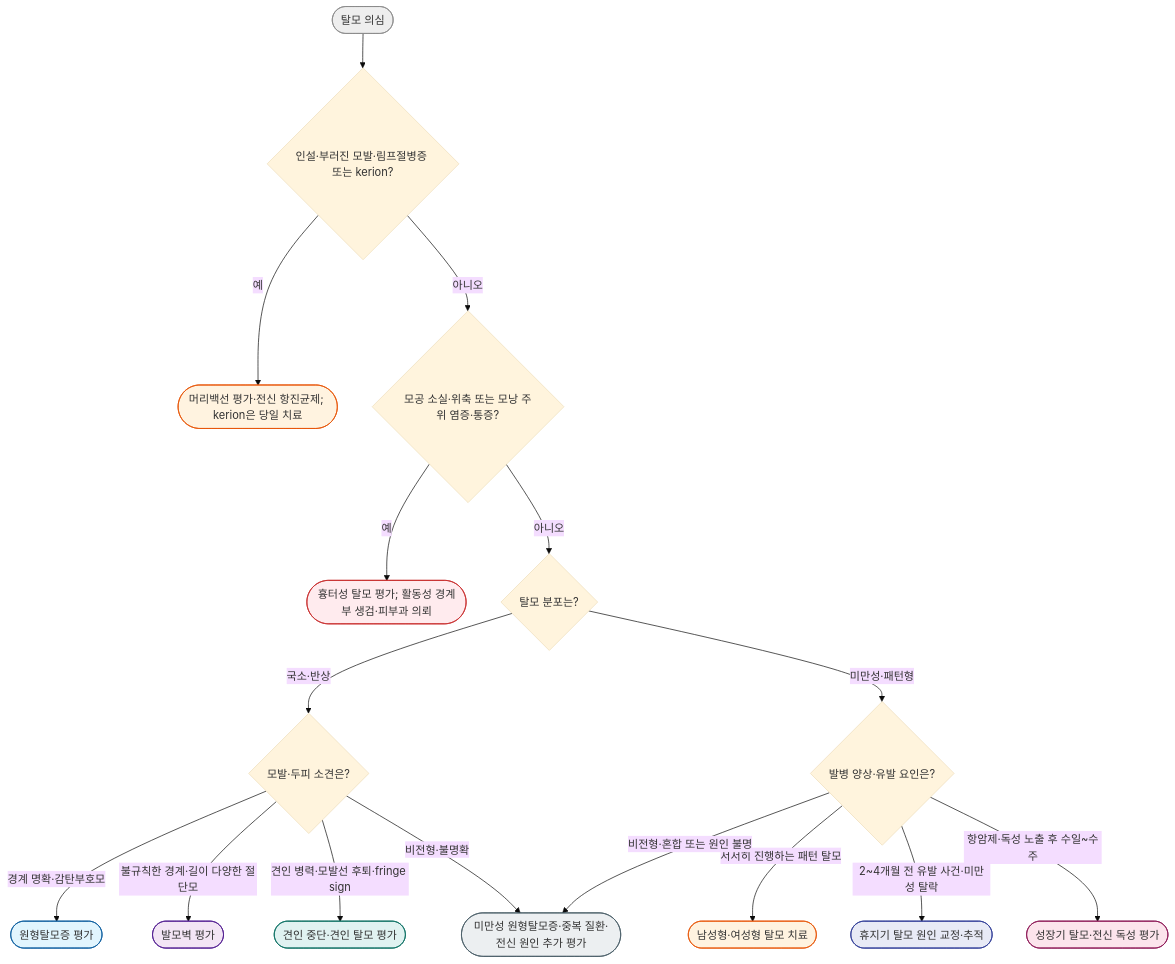
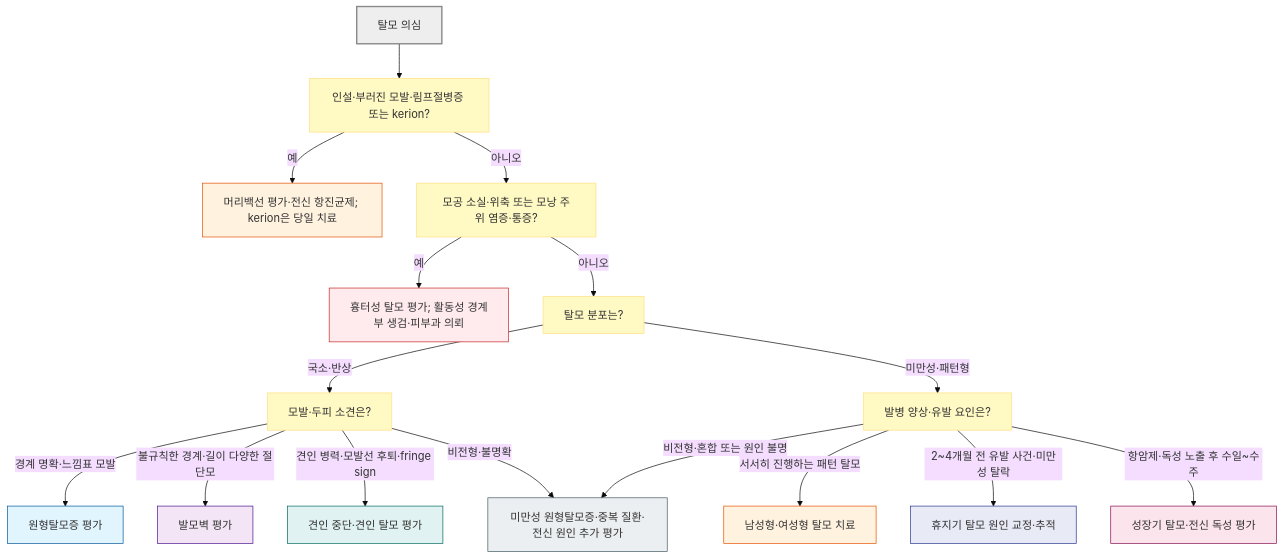
One commit to familyoh77/familyoh77 changed the diagram in 229_/186_-alopecia.md. Above: the diagram before and after it, drawn with Mermaid (base theme). The commit also changed other lines of this file and 5 other files, not shown here.

````diff
--- a/229_/186_-alopecia.md
+++ b/229_/186_-alopecia.md
@@ -157,28 +157,31 @@
 ```mermaid
 graph TD
-    Start(["탈모 의심"]) --> QTinea{"인설·부러진 모발·림프절병증 또는 kerion?"}
-    QTinea -->|"예"| DxTinea(["머리백선 평가·전신 항진균제; kerion은 당일 치료"])
-    QTinea -->|"아니오"| Q1{"모공 소실·위축 또는 모낭 주위 염증·통증?"}
-    Q1 -->|"예"| DxScar(["흉터성 탈모 평가; 활동성 경계부 생검·피부과 의뢰"])
-    Q1 -->|"아니오"| Q2{"탈모 분포는?"}
-    Q2 -->|"국소·반상"| Q3{"모발·두피 소견은?"}
-    Q3 -->|"경계 명확·감탄부호모"| DxAA(["원형탈모증 평가"])
-    Q3 -->|"불규칙한 경계·길이 다양한 절단모"| DxTTM(["발모벽 평가"])
-    Q3 -->|"견인 병력·모발선 후퇴·fringe sign"| DxTA(["견인 중단·견인 탈모 평가"])
-    Q3 -->|"비전형·불명확"| DxOther(["미만성 원형탈모증·중복 질환·전신 원인 추가 평가"])
-    Q2 -->|"미만성·패턴형"| Q4{"발병 양상·유발 요인은?"}
-    Q4 -->|"서서히 진행하는 패턴 탈모"| DxPattern(["남성형·여성형 탈모 치료"])
-    Q4 -->|"2~4개월 전 유발 사건·미만성 탈락"| DxTE(["휴지기 탈모 원인 교정·추적"])
-    Q4 -->|"항암제·독성 노출 후 수일~수주"| DxAE(["성장기 탈모·전신 독성 평가"])
+    Start["탈모 의심"] --> QTinea["인설·부러진 모발·림프절병증 또는 kerion?"]
+    QTinea -->|"예"| DxTinea["머리백선 평가·전신 항진균제; kerion은 당일 치료"]
+    QTinea -->|"아니오"| Q1["모공 소실·위축 또는 모낭 주위 염증·통증?"]
+    Q1 -->|"예"| DxScar["흉터성 탈모 평가; 활동성 경계부 생검·피부과 의뢰"]
+    Q1 -->|"아니오"| Q2["탈모 분포는?"]
+    Q2 -->|"국소·반상"| Q3["모발·두피 소견은?"]
+    Q3 -->|"경계 명확·느낌표 모발"| DxAA["원형탈모증 평가"]
+    Q3 -->|"불규칙한 경계·길이 다양한 절단모"| DxTTM["발모벽 평가"]
+    Q3 -->|"견인 병력·모발선 후퇴·fringe sign"| DxTA["견인 중단·견인 탈모 평가"]
+    Q3 -->|"비전형·불명확"| DxOther["미만성 원형탈모증·중복 질환·전신 원인 추가 평가"]
+    Q2 -->|"미만성·패턴형"| Q4["발병 양상·유발 요인은?"]
+    Q4 -->|"서서히 진행하는 패턴 탈모"| DxPattern["남성형·여성형 탈모 치료"]
+    Q4 -->|"2~4개월 전 유발 사건·미만성 탈락"| DxTE["휴지기 탈모 원인 교정·추적"]
+    Q4 -->|"항암제·독성 노출 후 수일~수주"| DxAE["성장기 탈모·전신 독성 평가"]
     Q4 -->|"비전형·혼합 또는 원인 불명"| DxOther
-    style Start fill:#eeeeee,stroke:#888888
+
+    classDef question fill:#fff9c4,stroke:#ffe082
+    class QTinea,Q1,Q2,Q3,Q4 question
+    style Start fill:#eeeeee,stroke:#888888,stroke-width:2px
     style DxTinea fill:#fff3e0,stroke:#e65100
     style DxScar fill:#ffebee,stroke:#c62828
     style DxAA fill:#e1f5fe,stroke:#01579b
     style DxTTM fill:#f3e5f5,stroke:#4a148c
     style DxTA fill:#e0f2f1,stroke:#00695c
     style DxPattern fill:#fff3e0,stroke:#e65100
     style DxTE fill:#e8eaf6,stroke:#283593
     style DxAE fill:#fce4ec,stroke:#880e4f
     style DxOther fill:#eceff1,stroke:#455a64
 ```
````
